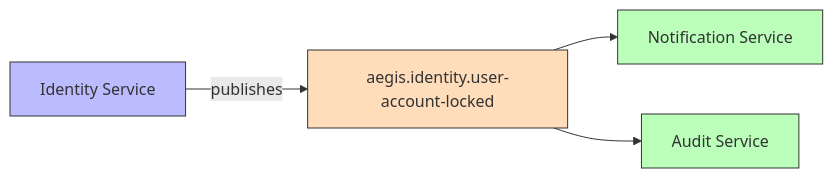
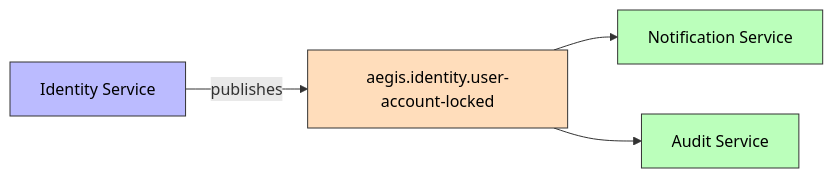
Before and after one commit to AlexAlvarezGallardo-GitHub/Aegis: the first of 2 diagrams in docs/obsidian/03 - Domain Events/UserAccountLocked.md, drawn with Mermaid. The commit also changed 26 other files, not shown here.

Commit message:
docs(infra): add color to mermaid nodes for dark mode readability

````diff
--- a/docs/obsidian/03 - Domain Events/UserAccountLocked.md
+++ b/docs/obsidian/03 - Domain Events/UserAccountLocked.md
@@ -14,10 +14,10 @@
 ```mermaid
 graph LR
     Identity[Identity Service] -->|publishes| Topic[aegis.identity.user-account-locked]
     Topic --> Notification[Notification Service]
     Topic --> Audit[Audit Service]
-    style Identity fill:#bbf,stroke:#333
-    style Topic fill:#fdb,stroke:#333
-    style Notification fill:#bfb,stroke:#333
-    style Audit fill:#bfb,stroke:#333
+    style Identity fill:#bbf,stroke:#333,color:#000
+    style Topic fill:#fdb,stroke:#333,color:#000
+    style Notification fill:#bfb,stroke:#333,color:#000
+    style Audit fill:#bfb,stroke:#333,color:#000
 ```
````
